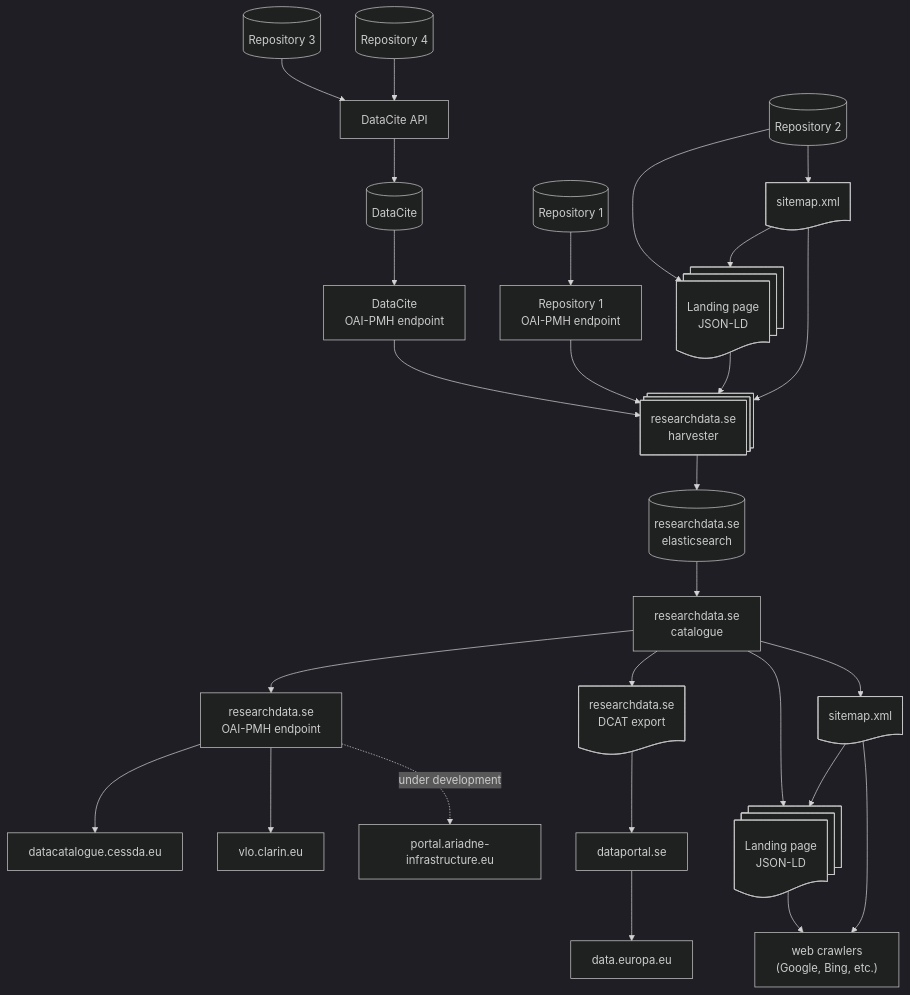
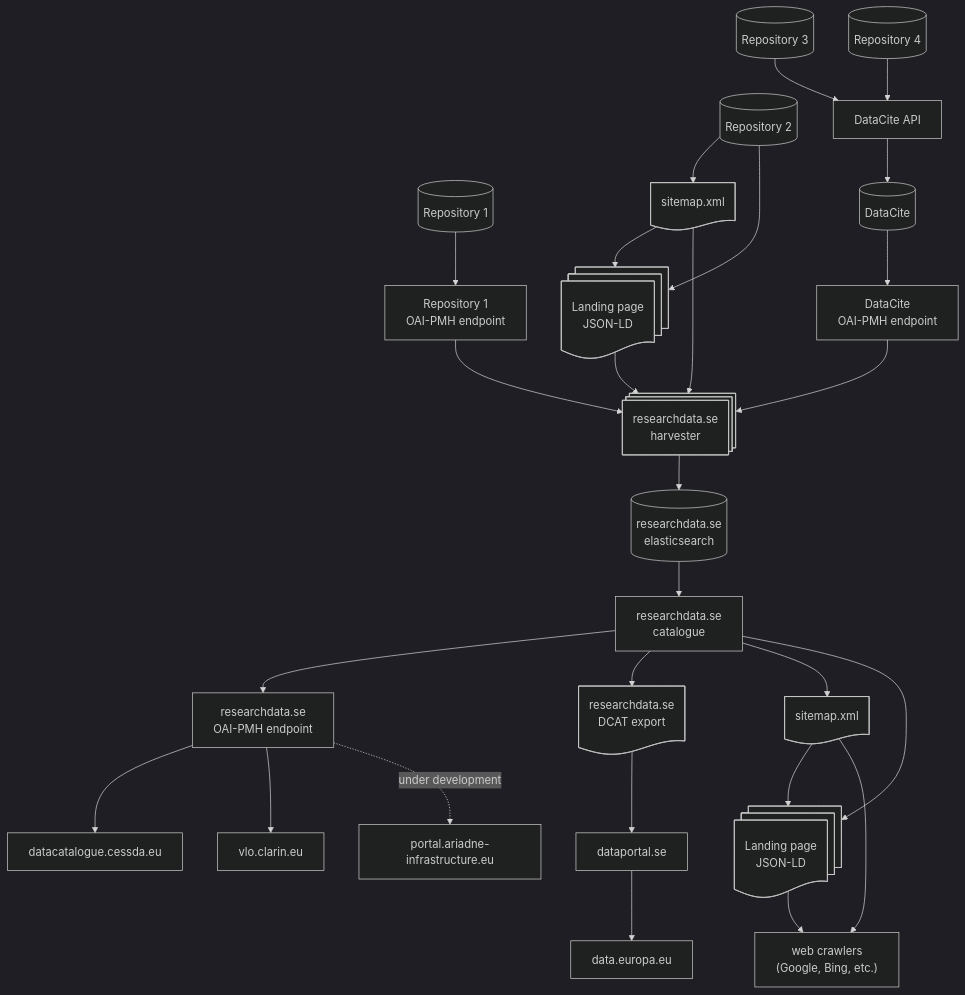
The diagram in docs/harvesting/index.md (researchdata-se/docs.researchdata.se), drawn with Mermaid (dark theme) before and after one commit.

Commit message:
organize mermaid graph

````diff
--- a/docs/harvesting/index.md
+++ b/docs/harvesting/index.md
@@ -12,82 +12,139 @@
 ``` mermaid
 graph
-  RDA[(researchdata.se \n elasticsearch)]
-  RDAC[researchdata.se \n catalogue]
-  click RDAC "https://researchdata.se/" "researchdata.se catalogue"
-  
-  DATACITE[(DataCite)]
-  DATACITEOAI[DataCite\nOAI-PMH endpoint]
-  click DATACITEOAI "https://support.datacite.org/docs/datacite-oai-pmh" "DataCite OAI-PMH endpoint"
-  DATACITEAPI[DataCite API]
-  click DATACITEAPI "https://support.datacite.org/docs/api" "DataCite API"
-  DATACITE --> DATACITEOAI
-  DATACITEAPI --> DATACITE
+  %% =========================================================
+  %% REPOSITORIES
+  %% =========================================================
 
-  DATACITEOAI --> RDAH
+  repo1[(Repository 1)]
+  repo1_oai[Repository 1 \n OAI-PMH endpoint]
+
+  repo2[(Repository 2)]
+  repo2_sitemap@{ shape: doc, label: "sitemap.xml"}
+  repo2_jsonld@{ shape: documents, label: "Landing page \nJSON-LD"}
+
+  repo3[(Repository 3)]
+  repo4[(Repository 4)]
 
 
-  RP1[(Repository 1)]
-  OAI1[Repository 1 \n OAI-PMH endpoint]
+  %% =========================================================
+  %% DATACITE
+  %% =========================================================
 
-  RP3[(Repository 3)]
-  RP3 --> DATACITEAPI
+  datacite[(DataCite)]
 
-  RP4[(Repository 4)]
-  RP4 --> DATACITEAPI
+  datacite_oai[DataCite\nOAI-PMH endpoint]
+  click datacite_oai "https://support.datacite.org/docs/datacite-oai-pmh" "DataCite OAI-PMH endpoint"
 
-  RP2[(Repository 2)]
-  LDSM2@{ shape: doc, label: "sitemap.xml"}
-  RP2 --> LDLP2
-  LDLP2@{ shape: documents, label: "Landing page \nJSON-LD"}
+  datacite_api[DataCite API]
+  click datacite_api "https://support.datacite.org/docs/api" "DataCite API"
 
-  RDAH@{ shape: procs, label: "researchdata.se \n harvester"}
 
-  RDAOAI[researchdata.se \n OAI-PMH endpoint]
-  click RDAOAI "https://docs.researchdata.se/harvesting/oai-pmh/" "researchdata.se OAI-PMH endpoint"
-  RDAC --> RDAOAI
+  %% =========================================================
+  %% RESEARCHDATA.SE — INGESTION AND CATALOGUE
+  %% =========================================================
 
-  RDACDCAT@{ shape: document, label: "researchdata.se \n DCAT export"}
-  RDAC --> RDACDCAT
+  rda_harvester@{ shape: procs, label: "researchdata.se \n harvester"}
 
-  RDACATLD@{ shape: documents, label: "Landing page\nJSON-LD"}
-  RDAC --> RDACATLD
+  rda_index[(researchdata.se \n elasticsearch)]
 
-  DATAPORTAL[dataportal.se]
-  click DATAPORTAL "https://dataportal.se/" "Sweden's national data portal"
-  RDACDCAT --> DATAPORTAL
+  rda_catalogue[researchdata.se \n catalogue]
+  click rda_catalogue "https://researchdata.se/" "researchdata.se catalogue"
 
-  EUDATAPORTAL[data.europa.eu]
-  click EUDATAPORTAL "https://data.europa.eu/" "EU Data Portal"
-  DATAPORTAL --> EUDATAPORTAL
 
-  CESSDA[datacatalogue.cessda.eu]
-  click CESSDA "https://datacatalogue.cessda.eu/" "CESSDA Data Catalogue"
-  RDAOAI --> CESSDA
+  %% =========================================================
+  %% RESEARCHDATA.SE — PUBLIC METADATA INTERFACES
+  %% =========================================================
 
-  CLARINVLO[vlo.clarin.eu]
-  click CLARINVLO "https://vlo.clarin.eu/" "CLARIN Virtual Language Observatory"
-  RDAOAI --> CLARINVLO
+  rda_oai[researchdata.se \n OAI-PMH endpoint]
+  click rda_oai "https://docs.researchdata.se/harvesting/oai-pmh/" "researchdata.se OAI-PMH endpoint"
 
-  ARIADNE[portal.ariadne-infrastructure.eu]
-  click ARIADNE "https://portal.ariadne-infrastructure.eu/" "ARIADNE archaeology portal"
-  RDAOAI -. under development .-> ARIADNE
+  rda_dcat@{ shape: document, label: "researchdata.se \n DCAT export"}
 
-  RDACSITEMAP@{ shape: doc, label: "sitemap.xml"}
-  RDAC --> RDACSITEMAP
-  RDACSITEMAP --> RDACATLD
+  rda_sitemap@{ shape: doc, label: "sitemap.xml"}
 
-  WEBCRAWLERS["web crawlers \n (Google, Bing, etc.)"]
-  RDACSITEMAP --> WEBCRAWLERS
-  RDACATLD --> WEBCRAWLERS
+  rda_jsonld@{ shape: documents, label: "Landing page\nJSON-LD"}
 
-  RP1 --> OAI1
-  OAI1 --> RDAH
 
-  RP2 --> LDSM2
-  LDSM2 --> LDLP2
-  LDSM2 --> RDAH
-  LDLP2 --> RDAH
+  %% =========================================================
+  %% DOWNSTREAM CATALOGUES
+  %% =========================================================
 
-  RDAH --> RDA
-  RDA --> RDAC
+  dataportal[dataportal.se]
+  click dataportal "https://dataportal.se/" "Sweden's national data portal"
+
+  eu_dataportal[data.europa.eu]
+  click eu_dataportal "https://data.europa.eu/" "EU Data Portal"
+
+  cessda[datacatalogue.cessda.eu]
+  click cessda "https://datacatalogue.cessda.eu/" "CESSDA Data Catalogue"
+
+  clarin_vlo[vlo.clarin.eu]
+  click clarin_vlo "https://vlo.clarin.eu/" "CLARIN Virtual Language Observatory"
+
+  ariadne[portal.ariadne-infrastructure.eu]
+  click ariadne "https://portal.ariadne-infrastructure.eu/" "ARIADNE archaeology portal"
+
+  web_crawlers["web crawlers \n (Google, Bing, etc.)"]
+
+
+  %% =========================================================
+  %% REPOSITORY INGESTION FLOWS
+  %% =========================================================
+
+  repo1 --> repo1_oai
+  repo1_oai --> rda_harvester
+
+  repo2 --> repo2_sitemap
+  repo2 --> repo2_jsonld
+
+  repo2_sitemap --> repo2_jsonld
+  repo2_sitemap --> rda_harvester
+  repo2_jsonld --> rda_harvester
+
+  repo3 --> datacite_api
+  repo4 --> datacite_api
+
+
+  %% =========================================================
+  %% DATACITE INGESTION FLOW
+  %% =========================================================
+
+  datacite_api --> datacite
+  datacite --> datacite_oai
+  datacite_oai --> rda_harvester
+
+
+  %% =========================================================
+  %% RESEARCHDATA.SE INTERNAL FLOW
+  %% =========================================================
+
+  rda_harvester --> rda_index
+  rda_index --> rda_catalogue
+
+
+  %% =========================================================
+  %% RESEARCHDATA.SE EXPORT FLOWS
+  %% =========================================================
+
+  rda_catalogue --> rda_oai
+  rda_catalogue --> rda_dcat
+  rda_catalogue --> rda_sitemap
+  rda_catalogue --> rda_jsonld
+
+  rda_sitemap --> rda_jsonld
+
+
+  %% =========================================================
+  %% DOWNSTREAM HARVESTING
+  %% =========================================================
+
+  rda_dcat --> dataportal
+  dataportal --> eu_dataportal
+
+  rda_oai --> cessda
+  rda_oai --> clarin_vlo
+  rda_oai -. under development .-> ariadne
+
+  rda_sitemap --> web_crawlers
+  rda_jsonld --> web_crawlers
 ```
````
